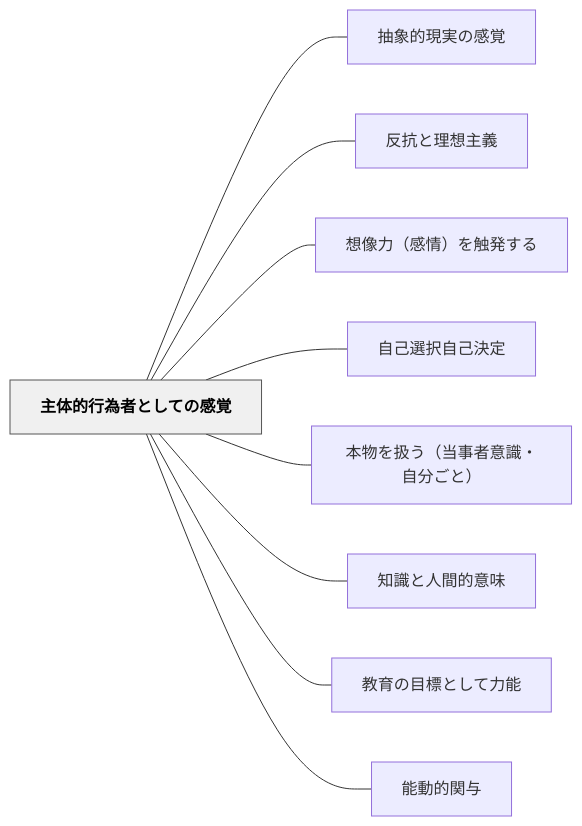
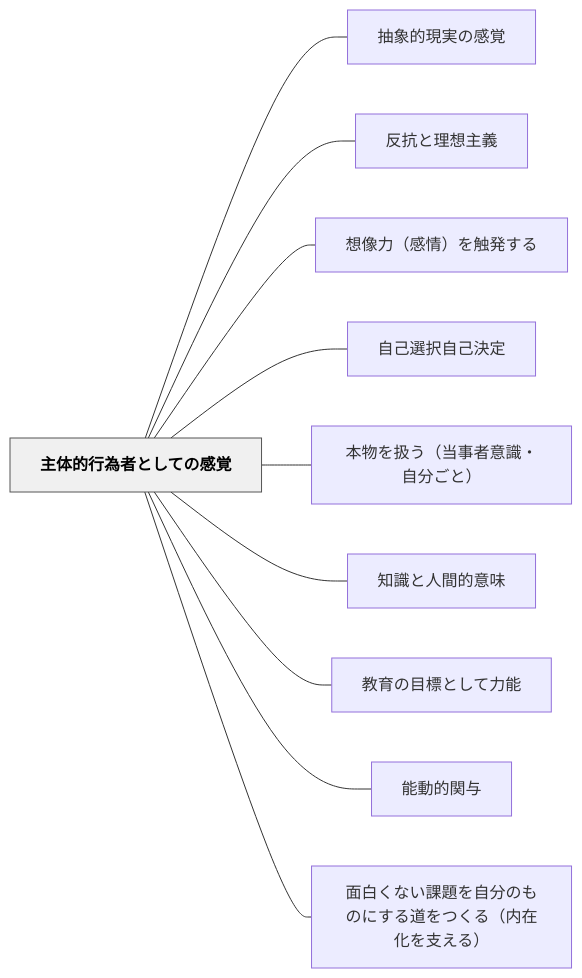
The diagram in content/パタン/主体的行為者としての感覚.md (unknownthings-ed-patterns/unknownthings-ed-patterns), drawn with Mermaid before and after one commit. The commit also changed other lines of this file and 17 other files, not shown here.

````diff
--- a/content/パタン/主体的行為者としての感覚.md
+++ b/content/パタン/主体的行為者としての感覚.md
@@ -52,24 +54,26 @@
 ```mermaid
 flowchart LR
     ne4b8bbe4bd93e79a84e8a18ce782bae88085e381a8e38197e381a6e381aee6849fe8a69a["主体的行為者としての感覚"]
     ne68abde8b1a1e79a84e78fbee5ae9fe381aee6849fe8a69a["抽象的現実の感覚"]
     ne58f8de68a97e381a8e79086e683b3e4b8bbe7bea9["反抗と理想主義"]
     ne683b3e5838fe58a9befbc88e6849fe68385efbc89e38292e8a7a6e799bae38199e3828b["想像力（感情）を触発する"]
     ne887aae5b7b1e981b8e68a9ee887aae5b7b1e6b1bae5ae9a["自己選択自己決定"]
     ne69cace789a9e38292e689b1e38186efbc88e5bd93e4ba8be88085e6848fe8ad98e383bbe887aae58886e38194e381a8efbc89["本物を扱う（当事者意識・自分ごと）"]
     ne79fa5e8ad98e381a8e4babae99693e79a84e6848fe591b3["知識と人間的意味"]
     ne69599e882b2e381aee79baee6a899e381a8e38197e381a6e58a9be883bd["教育の目標として力能"]
     ne883bde58b95e79a84e996a2e4b88e["能動的関与"]
+    ne99da2e799bde3818fe381aae38184e8aab2e9a18ce38292e887aae58886e381aee38282e381aee381abe38199e3828be98193e38292e381a4e3818fe3828befbc88e58685e59ca8e58c96e38292e694afe38188e3828befbc89["面白くない課題を自分のものにする道をつくる（内在化を支える）"]
 
     ne4b8bbe4bd93e79a84e8a18ce782bae88085e381a8e38197e381a6e381aee6849fe8a69a --- ne68abde8b1a1e79a84e78fbee5ae9fe381aee6849fe8a69a
     ne4b8bbe4bd93e79a84e8a18ce782bae88085e381a8e38197e381a6e381aee6849fe8a69a --- ne58f8de68a97e381a8e79086e683b3e4b8bbe7bea9
     ne4b8bbe4bd93e79a84e8a18ce782bae88085e381a8e38197e381a6e381aee6849fe8a69a --- ne683b3e5838fe58a9befbc88e6849fe68385efbc89e38292e8a7a6e799bae38199e3828b
     ne4b8bbe4bd93e79a84e8a18ce782bae88085e381a8e38197e381a6e381aee6849fe8a69a --- ne887aae5b7b1e981b8e68a9ee887aae5b7b1e6b1bae5ae9a
     ne4b8bbe4bd93e79a84e8a18ce782bae88085e381a8e38197e381a6e381aee6849fe8a69a --- ne69cace789a9e38292e689b1e38186efbc88e5bd93e4ba8be88085e6848fe8ad98e383bbe887aae58886e38194e381a8efbc89
     ne4b8bbe4bd93e79a84e8a18ce782bae88085e381a8e38197e381a6e381aee6849fe8a69a --- ne79fa5e8ad98e381a8e4babae99693e79a84e6848fe591b3
     ne4b8bbe4bd93e79a84e8a18ce782bae88085e381a8e38197e381a6e381aee6849fe8a69a --- ne69599e882b2e381aee79baee6a899e381a8e38197e381a6e58a9be883bd
     ne4b8bbe4bd93e79a84e8a18ce782bae88085e381a8e38197e381a6e381aee6849fe8a69a --- ne883bde58b95e79a84e996a2e4b88e
+    ne4b8bbe4bd93e79a84e8a18ce782bae88085e381a8e38197e381a6e381aee6849fe8a69a --- ne99da2e799bde3818fe381aae38184e8aab2e9a18ce38292e887aae58886e381aee38282e381aee381abe38199e3828be98193e38292e381a4e3818fe3828befbc88e58685e59ca8e58c96e38292e694afe38188e3828befbc89
 
     classDef hub fill:#f0f0f0,stroke:#555,color:#000,font-weight:bold
     class ne4b8bbe4bd93e79a84e8a18ce782bae88085e381a8e38197e381a6e381aee6849fe8a69a hub
 ```
````
